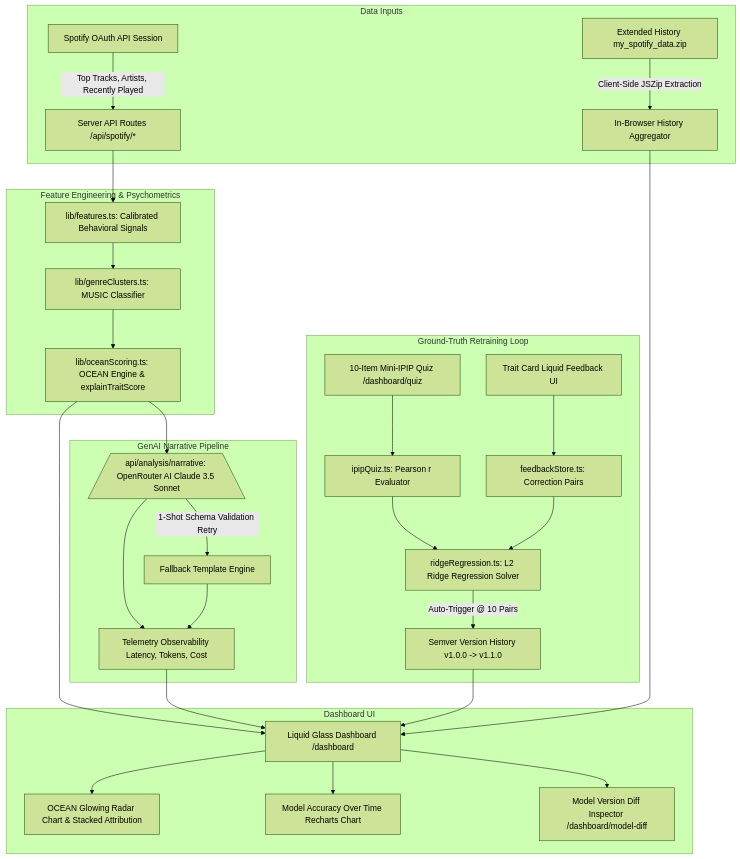
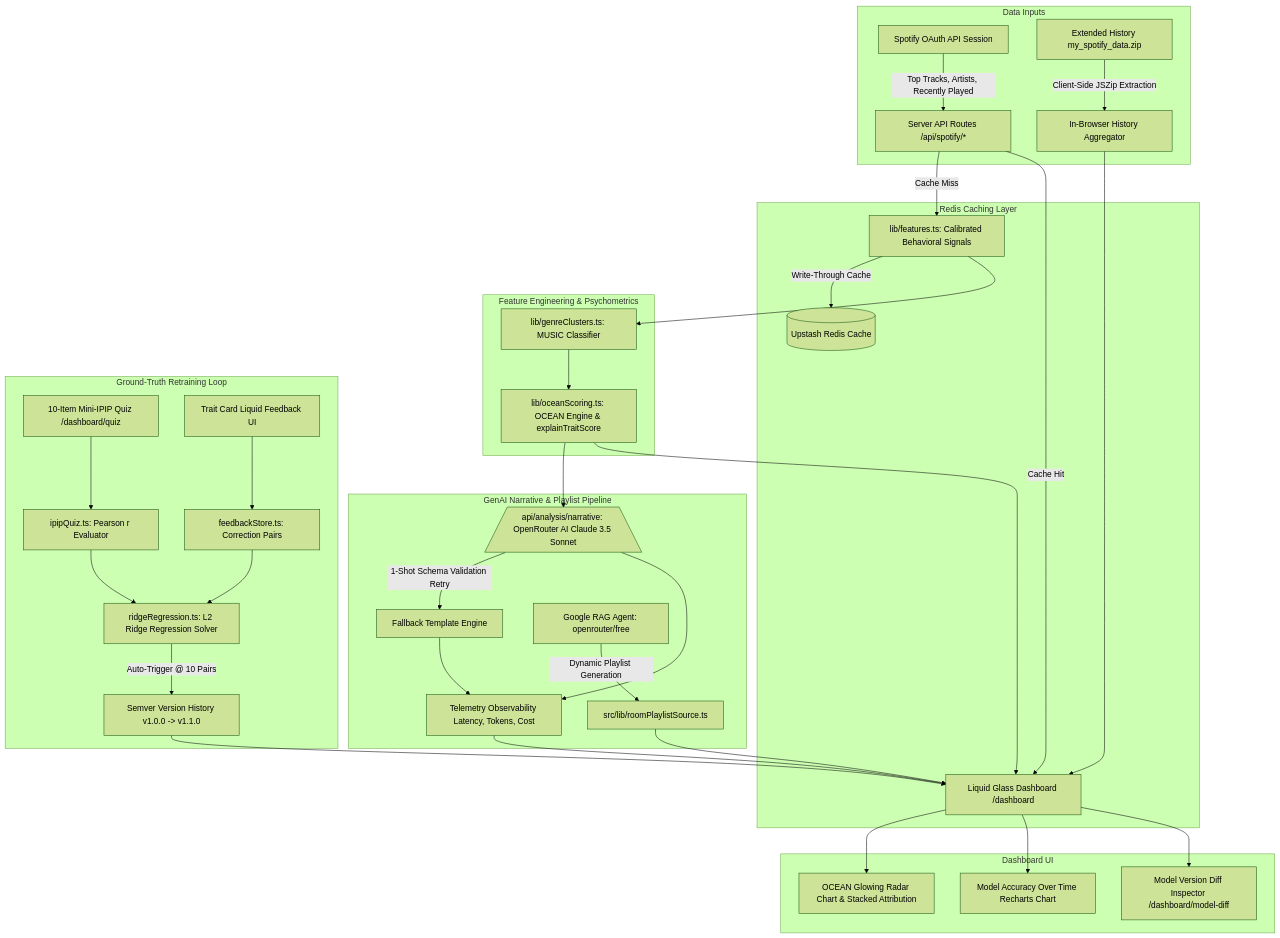
One commit to GunaTeja777/SpotiGlory changed the diagram in README.md. Above: the diagram before and after it, drawn with Mermaid (forest theme). The commit also changed other lines of this file, not shown here.

Commit message:
docs: update README with Upstash Redis caching architecture and Google RAG agent integration details

````diff
--- a/README.md
+++ b/README.md
@@ -92,33 +102,39 @@
 ```mermaid
 flowchart TD
     subgraph Data Inputs
         A[Spotify OAuth API Session] -->|Top Tracks, Artists, Recently Played| B[Server API Routes /api/spotify/*]
         C[Extended History my_spotify_data.zip] -->|Client-Side JSZip Extraction| D[In-Browser History Aggregator]
     end
 
+    subgraph Redis Caching Layer
+        B -->|Cache Miss| E[lib/features.ts: Calibrated Behavioral Signals]
+        B -->|Cache Hit| Q
+        E -->|Write-Through Cache| R[(Upstash Redis Cache)]
+    end
+
     subgraph Feature Engineering & Psychometrics
-        B --> E[lib/features.ts: Calibrated Behavioral Signals]
         E --> F[lib/genreClusters.ts: MUSIC Classifier]
         F --> G[lib/oceanScoring.ts: OCEAN Engine & explainTraitScore]
     end
 
-    subgraph GenAI Narrative Pipeline
+    subgraph GenAI Narrative & Playlist Pipeline
         G --> H[/api/analysis/narrative: OpenRouter AI Claude 3.5 Sonnet\]
         H -->|1-Shot Schema Validation Retry| I[Fallback Template Engine]
         H & I --> J[Telemetry Observability Latency, Tokens, Cost]
+        K[Google RAG Agent: openrouter/free] -->|Dynamic Playlist Generation| L[src/lib/roomPlaylistSource.ts]
     end
 
     subgraph Ground-Truth Retraining Loop
-        K[10-Item Mini-IPIP Quiz /dashboard/quiz] --> L[ipipQuiz.ts: Pearson r Evaluator]
-        M[Trait Card Liquid Feedback UI] --> N[feedbackStore.ts: Correction Pairs]
-        L & N --> O[ridgeRegression.ts: L2 Ridge Regression Solver]
-        O -->|Auto-Trigger @ 10 Pairs| P[Semver Version History v1.0.0 -> v1.1.0]
+        M[10-Item Mini-IPIP Quiz /dashboard/quiz] --> N[ipipQuiz.ts: Pearson r Evaluator]
+        O[Trait Card Liquid Feedback UI] --> P[feedbackStore.ts: Correction Pairs]
+        N & P --> S[ridgeRegression.ts: L2 Ridge Regression Solver]
+        S -->|Auto-Trigger @ 10 Pairs| T[Semver Version History v1.0.0 -> v1.1.0]
     end
 
     subgraph Dashboard UI
-        G & J & P & D --> Q[Liquid Glass Dashboard /dashboard]
-        Q --> R[OCEAN Glowing Radar Chart & Stacked Attribution]
-        Q --> S[Model Accuracy Over Time Recharts Chart]
-        Q --> T[Model Version Diff Inspector /dashboard/model-diff]
+        G & J & T & D & L --> Q[Liquid Glass Dashboard /dashboard]
+        Q --> U[OCEAN Glowing Radar Chart & Stacked Attribution]
+        Q --> V[Model Accuracy Over Time Recharts Chart]
+        Q --> W[Model Version Diff Inspector /dashboard/model-diff]
     end
 ```
````
